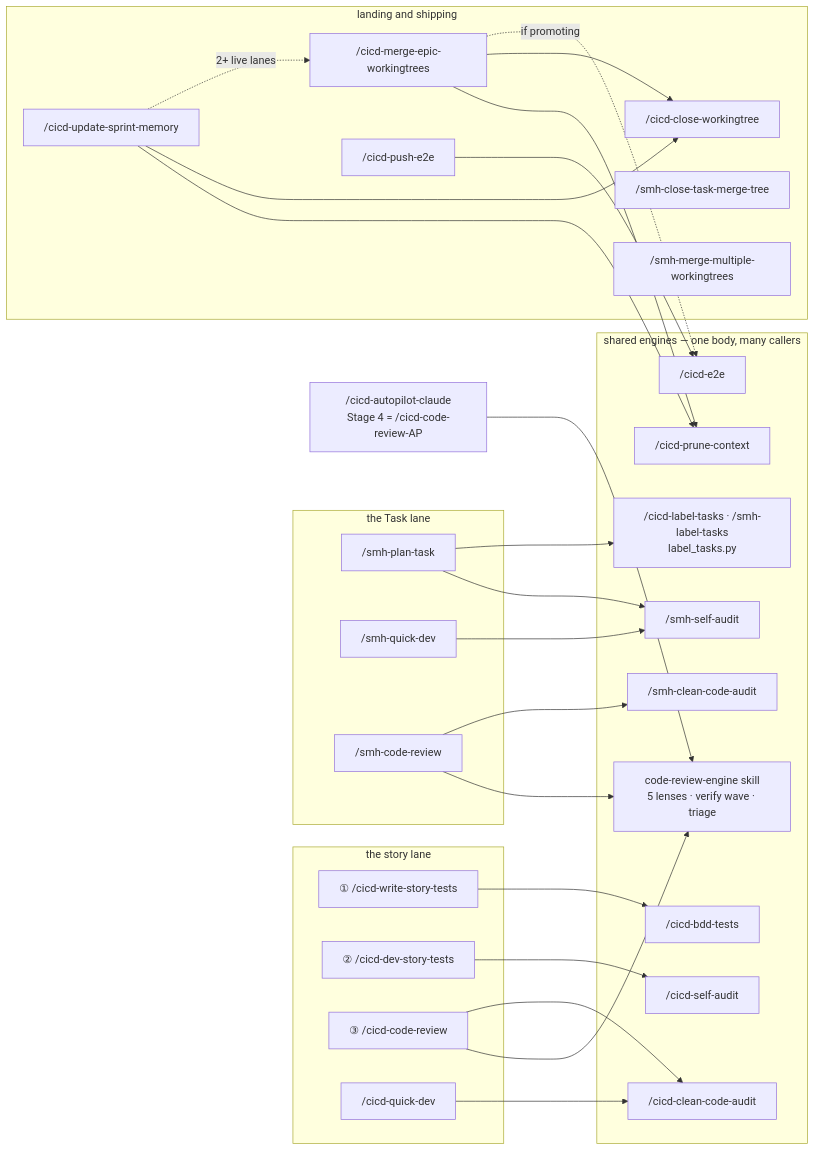
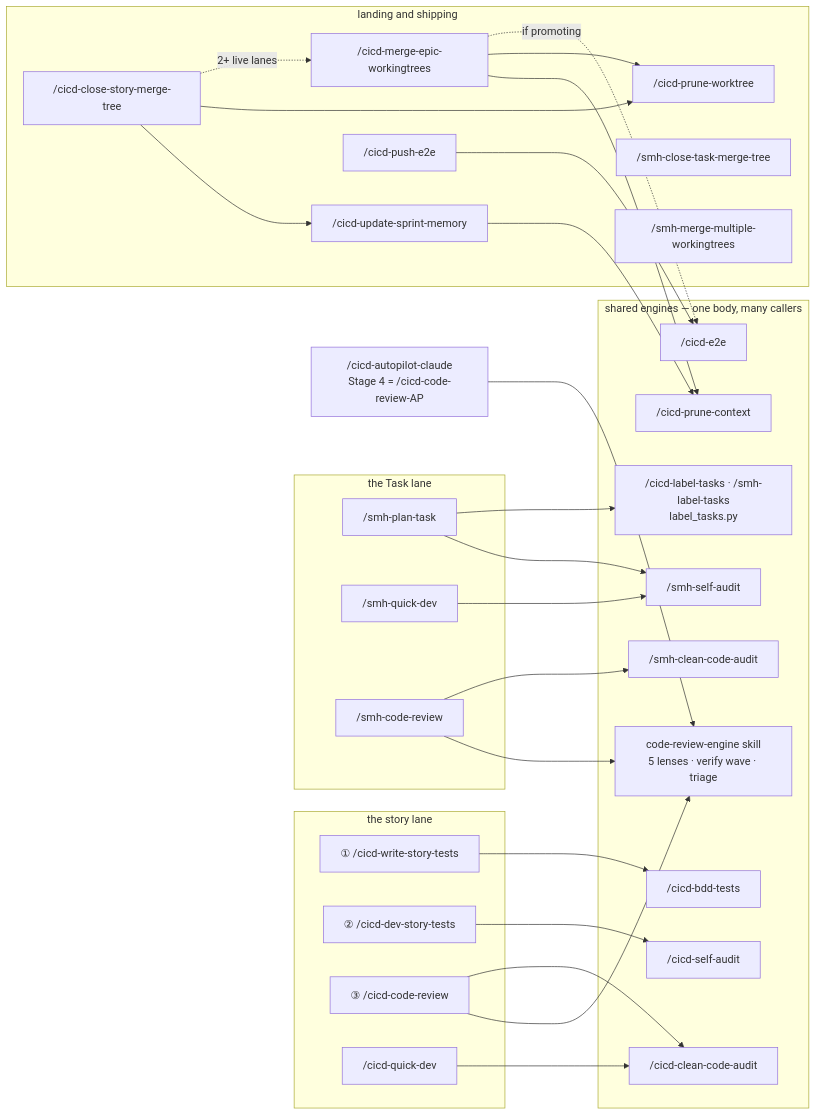
One commit to sudomadhatter/Sudo_Hatter_Command changed diagram 12 of 45 in docs/_scc_sops_prds/workflows_testing_SOP.md. Above: the diagram before and after it, drawn with Mermaid. The commit also changed other lines of this file and 97 other files, not shown here.

First line of the commit message:
SCC-210 rebalance the cicd close-out: the door, the save, and the prune

````diff
--- a/docs/_scc_sops_prds/workflows_testing_SOP.md
+++ b/docs/_scc_sops_prds/workflows_testing_SOP.md
@@ -2291,51 +2318,53 @@
 ```mermaid
 flowchart LR
     subgraph STORY ["the story lane"]
         ONE["① /cicd-write-story-tests"]
         TWO["② /cicd-dev-story-tests"]
         THREE["③ /cicd-code-review"]
         QD["/cicd-quick-dev"]
     end
     subgraph TASK ["the Task lane"]
         PT["/smh-plan-task"]
         SQD["/smh-quick-dev"]
         SCR["/smh-code-review"]
     end
     subgraph LAND ["landing and shipping"]
+        CSM["/cicd-close-story-merge-tree"]
         USM["/cicd-update-sprint-memory"]
         MEW["/cicd-merge-epic-workingtrees"]
-        CWT["/cicd-close-workingtree"]
+        CWT["/cicd-prune-worktree"]
         PE["/cicd-push-e2e"]
         TM["/smh-close-task-merge-tree"]
         MM["/smh-merge-multiple-workingtrees"]
     end
     subgraph ENG ["shared engines — one body, many callers"]
         BDD["/cicd-bdd-tests"]
         SA["/cicd-self-audit"]
         SSA["/smh-self-audit"]
         CRE["code-review-engine skill\n5 lenses · verify wave · triage"]
         CCA["/cicd-clean-code-audit"]
         SCCA["/smh-clean-code-audit"]
         E2E["/cicd-e2e"]
         PC["/cicd-prune-context"]
         LT["/cicd-label-tasks · /smh-label-tasks\nlabel_tasks.py"]
     end
     ONE --> BDD
     TWO --> SA
     THREE --> CRE
     THREE --> CCA
     QD --> CCA
     SQD --> SSA
     PT --> SSA
     PT --> LT
     SCR --> CRE
     SCR --> SCCA
+    CSM --> USM
     USM --> PC
-    USM --> CWT
-    USM -.->|"2+ live lanes"| MEW
+    CSM --> CWT
+    CSM -.->|"2+ live lanes"| MEW
     MEW --> PC
     MEW --> CWT
     MEW -.->|"if promoting"| E2E
     PE --> E2E
     AP["/cicd-autopilot-claude\nStage 4 = /cicd-code-review-AP"] --> CRE
 ```
````
